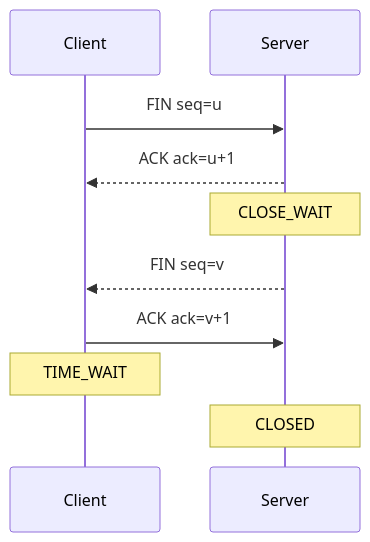
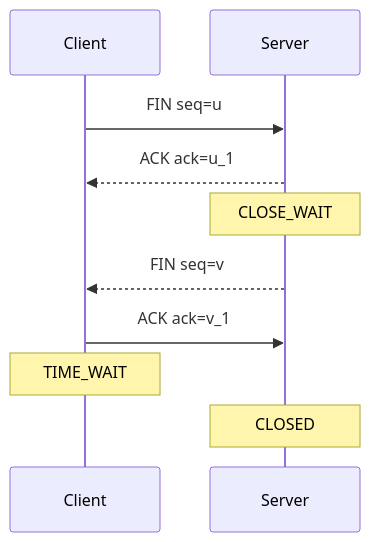
Before and after one commit to yjkim2015/yjkim2015.github.io: the second of 6 diagrams in _posts/network/2026-05-03-tcp-udp-deep.md, drawn with Mermaid. The commit also changed other lines of this file and 38 other files, not shown here.

First line of the commit message:
Mermaid 파싱 에러 최종 수정 + 화살표 간격 확대

````diff
--- a/_posts/network/2026-05-03-tcp-udp-deep.md
+++ b/_posts/network/2026-05-03-tcp-udp-deep.md
@@ -98,12 +98,12 @@
 ```mermaid
 sequenceDiagram
     participant C as Client
     participant S as Server
     C->>S: FIN seq=u
-    S-->>C: ACK ack=u+1
+    S-->>C: ACK ack=u_1
     Note over S: CLOSE_WAIT
     S-->>C: FIN seq=v
-    C->>S: ACK ack=v+1
+    C->>S: ACK ack=v_1
     Note over C: TIME_WAIT
     Note over S: CLOSED
 ```
````
